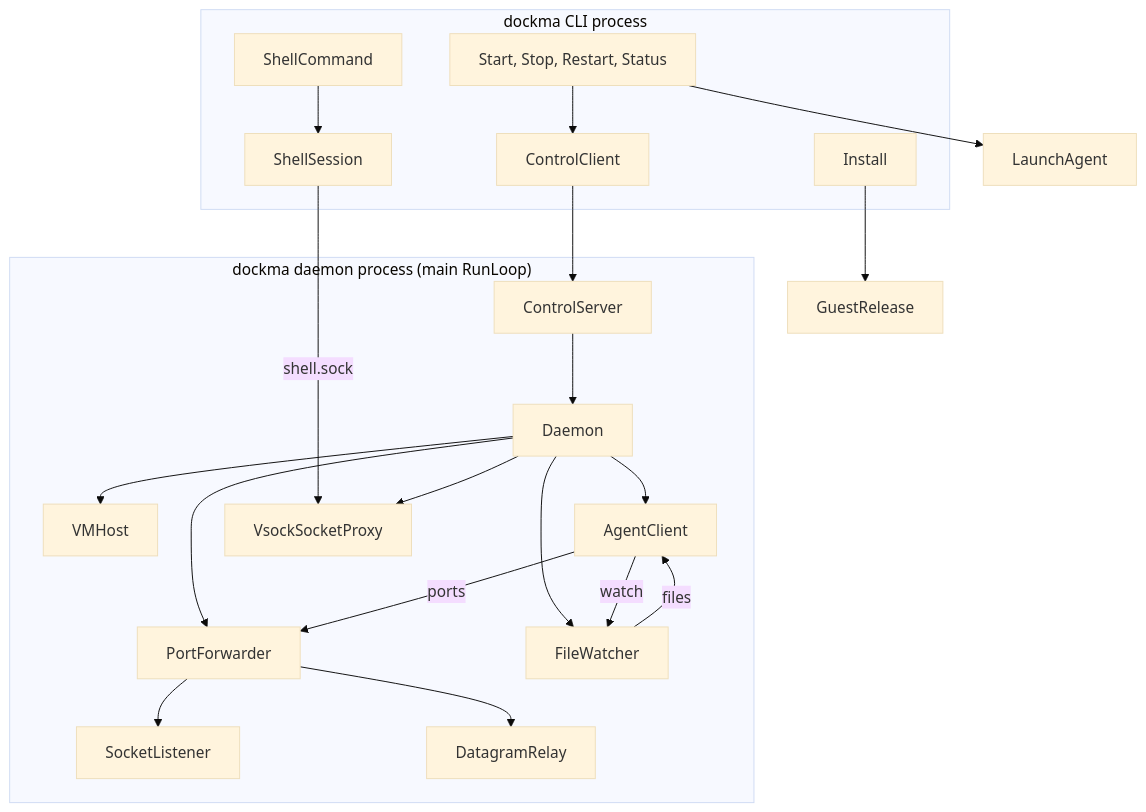
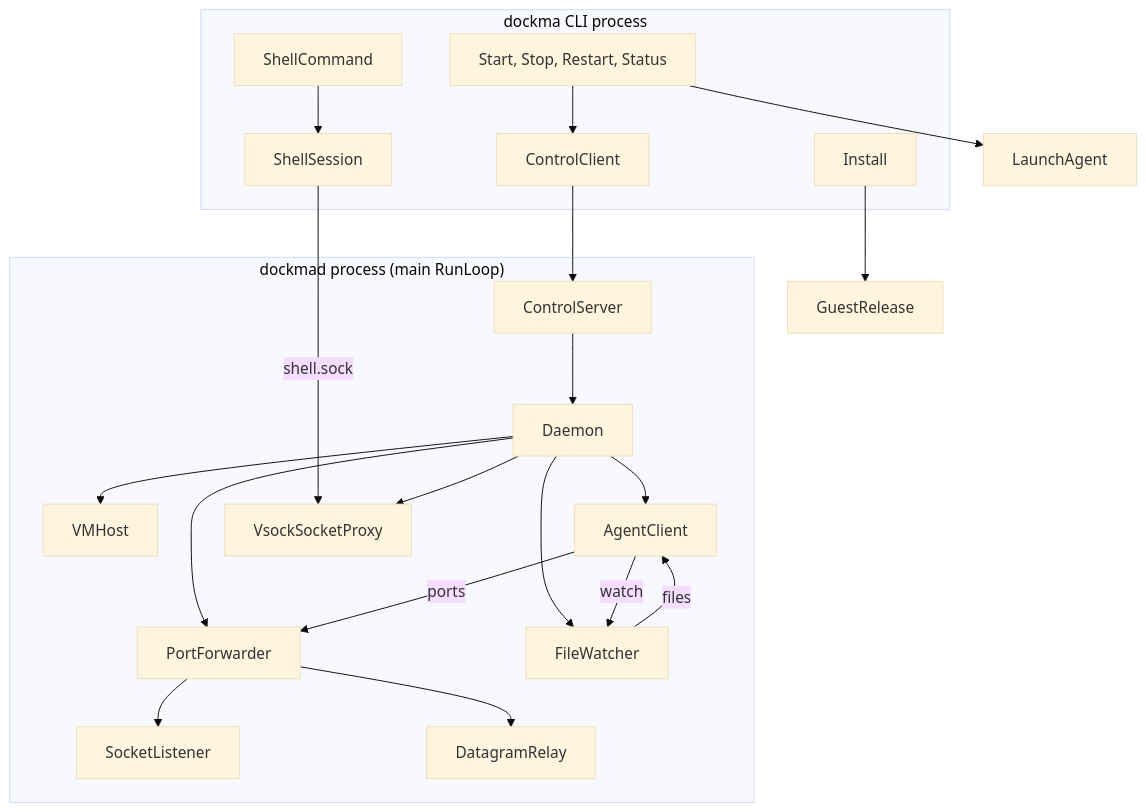
The second of 8 diagrams in docs/architecture.md (maxfrerichs/dockma), drawn with Mermaid (base theme) before and after one commit. The commit also changed other lines of this file and 27 other files, not shown here.

````diff
--- a/docs/architecture.md
+++ b/docs/architecture.md
@@ -59,36 +58,36 @@
 ```mermaid
 flowchart TB
   subgraph cliproc["dockma CLI process"]
     start["Start, Stop, Restart, Status"]
     shellcmd["ShellCommand"]
     install["Install"]
     cclient["ControlClient"]
     session["ShellSession"]
   end
-  subgraph daemonproc["dockma daemon process (main RunLoop)"]
+  subgraph daemonproc["dockmad process (main RunLoop)"]
     daemon["Daemon"]
     cserver["ControlServer"]
     host["VMHost"]
     agentclient["AgentClient"]
     forwarder["PortForwarder"]
     listener["SocketListener"]
     relay["DatagramRelay"]
     proxy["VsockSocketProxy"]
     watcher["FileWatcher"]
   end
   launchagent["LaunchAgent"]
   release["GuestRelease"]
   start --> launchagent
   start --> cclient --> cserver --> daemon
   install --> release
   shellcmd --> session -->|shell.sock| proxy
   daemon --> host
   daemon --> agentclient
   daemon --> forwarder --> listener
   forwarder --> relay
   daemon --> proxy
   daemon --> watcher
   agentclient -->|ports| forwarder
   agentclient -->|watch| watcher
   watcher -->|files| agentclient
 ```
````
